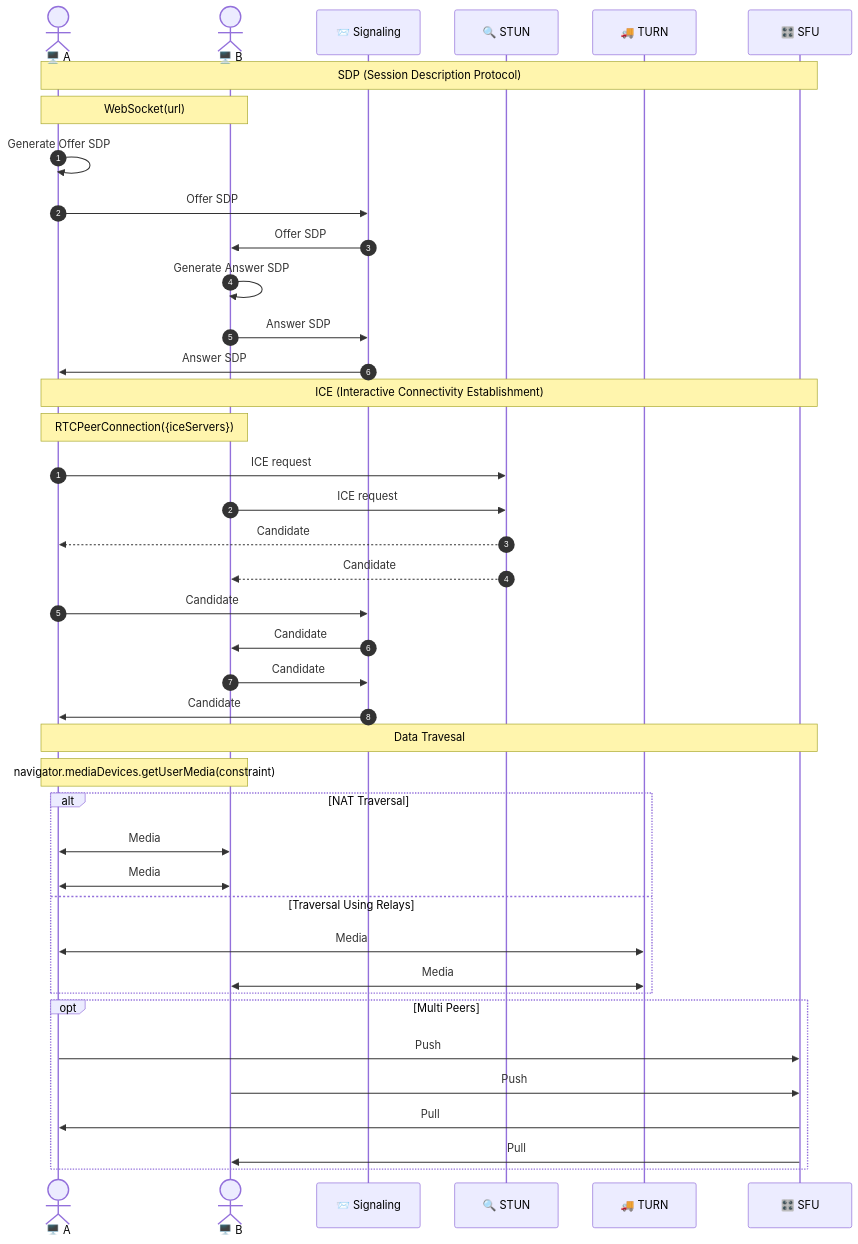
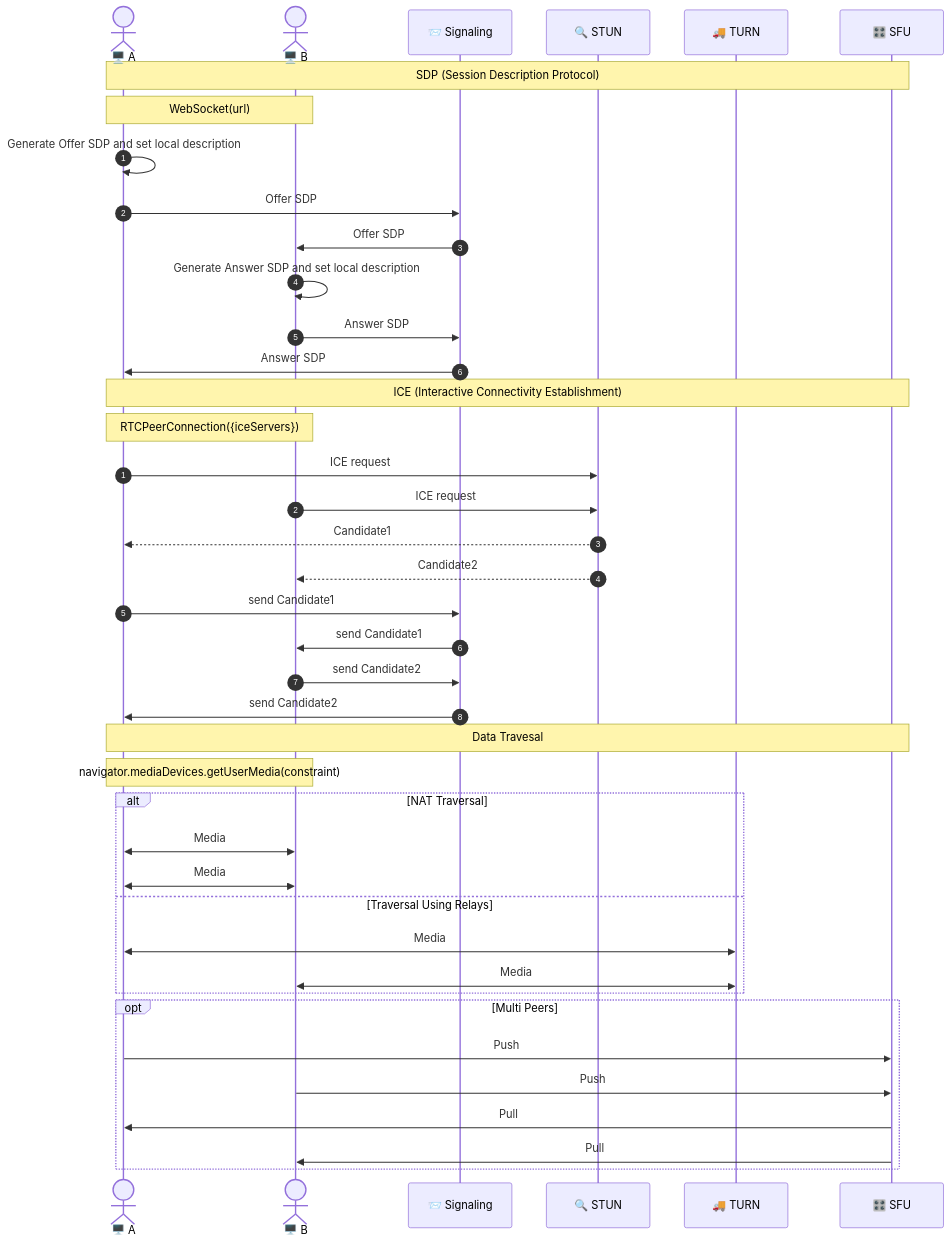
The diagram in content/docs/10-rtc-intro/03-webrtc.md (techunder/posts), drawn with Mermaid before and after one commit. The commit also changed other lines of this file, not shown here.

````diff
--- a/content/docs/10-rtc-intro/03-webrtc.md
+++ b/content/docs/10-rtc-intro/03-webrtc.md
@@ -48,48 +48,48 @@
 ```mermaid
 sequenceDiagram
     actor A as 🖥️ A
     actor B as 🖥️ B
     participant Sig as 📨 Signaling
     participant STUN as 🔍 STUN
     participant TURN as 🚚 TURN
     participant SFU as 🎛️ SFU
 
     Note over A,SFU: SDP (Session Description Protocol)
     autonumber 1
     Note over A,B: WebSocket(url)
-    A->>A: Generate Offer SDP
+    A->>A: Generate Offer SDP and set local description
     A->>Sig: Offer SDP
     Sig->>B: Offer SDP
-    B->>B: Generate Answer SDP
+    B->>B: Generate Answer SDP and set local description
     B->>Sig: Answer SDP
     Sig->>A: Answer SDP
 
     Note over A,SFU: ICE (Interactive Connectivity Establishment)
     autonumber 1
     Note over A,B: RTCPeerConnection({iceServers})
     A->>STUN: ICE request
     B->>STUN: ICE request
-    STUN-->>A: Candidate
-    STUN-->>B: Candidate
-    A->>Sig: Candidate
-    Sig->>B: Candidate
-    B->>Sig: Candidate
-    Sig->>A: Candidate
+    STUN-->>A: Candidate1
+    STUN-->>B: Candidate2
+    A->>Sig: send Candidate1
+    Sig->>B: send Candidate1
+    B->>Sig: send Candidate2
+    Sig->>A: send Candidate2
 
     Note over A,SFU: Data Travesal
     autonumber off
     Note over A,B: navigator.mediaDevices.getUserMedia(constraint)
     alt NAT Traversal
         A<<->>B: Media
         B<<->>A: Media
     else Traversal Using Relays
         A<<->>TURN: Media
         TURN<<->>B: Media
     end
     opt Multi Peers
         A->>SFU: Push
         B->>SFU: Push
         SFU->>A: Pull
         SFU->>B: Pull
     end
 ```
````
